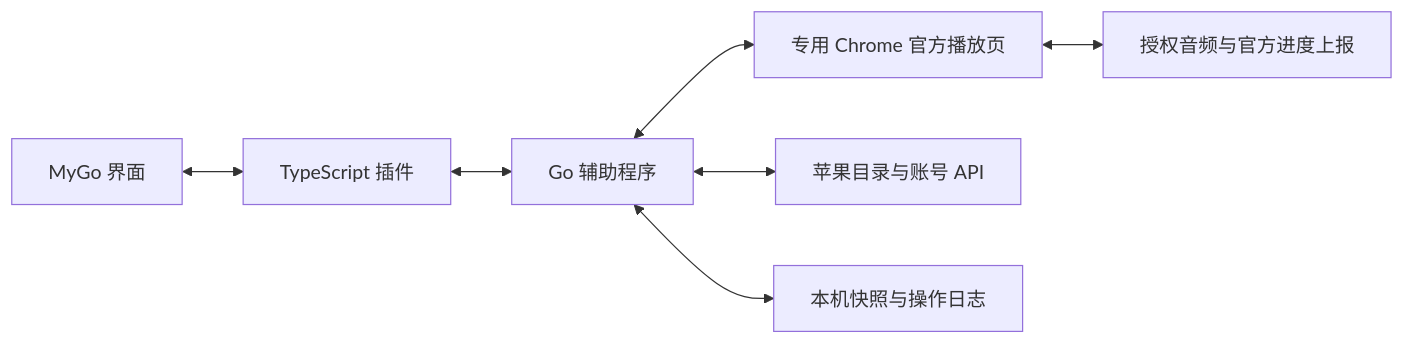
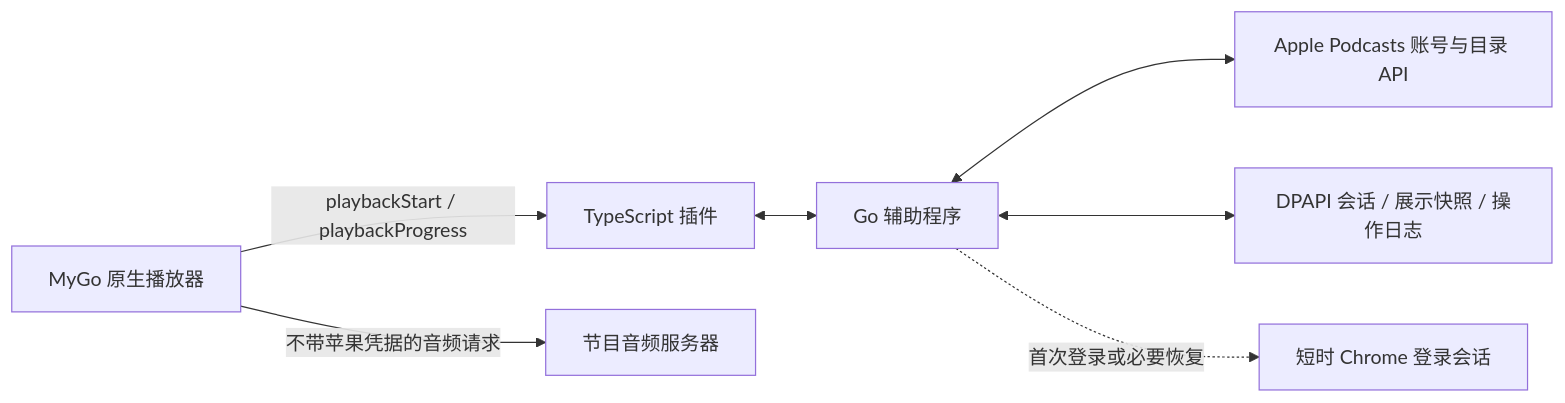
Before and after one commit to AceYKN/mygo-music-apple-podcasts: the diagram in docs/TECH_SPEC.md, drawn with Mermaid. The commit also changed other lines of this file and 43 other files, not shown here.

````diff
--- a/docs/TECH_SPEC.md
+++ b/docs/TECH_SPEC.md
@@ -21,9 +7,9 @@
 ```mermaid
 flowchart LR
-    A[MyGo 界面] <--> B[TypeScript 插件]
+    A[MyGo 原生播放器] -->|playbackStart / playbackProgress| B[TypeScript 插件]
     B <--> C[Go 辅助程序]
-    C <--> D[专用 Chrome 官方播放页]
-    C <--> E[苹果目录与账号 API]
-    D <--> F[授权音频与官方进度上报]
-    C <--> G[本机快照与操作日志]
+    C <--> D[Apple Podcasts 账号与目录 API]
+    C <--> E[DPAPI 会话 / 展示快照 / 操作日志]
+    C -.首次登录或必要恢复.-> F[短时 Chrome 登录会话]
+    A -->|不带苹果凭据的音频请求| G[节目音频服务器]
 ```
````
